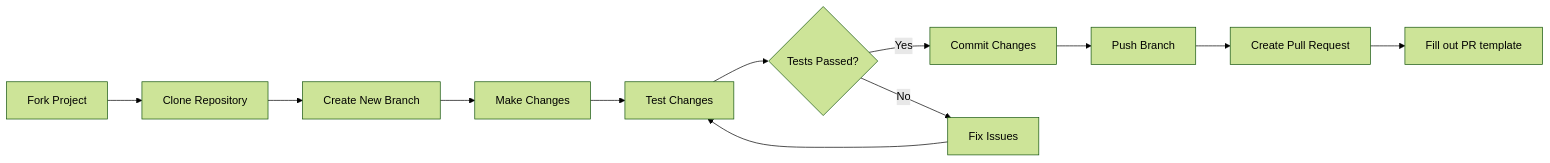
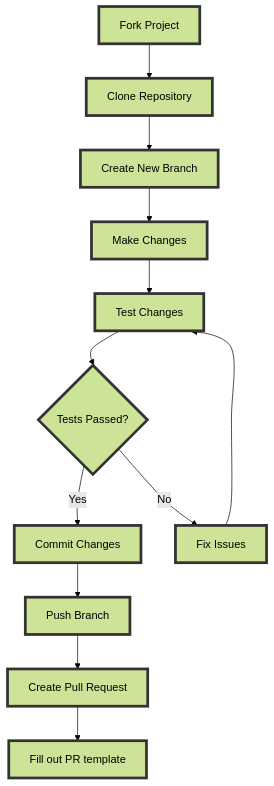
One commit to ChrisTitusTech/winutil changed the diagram in docs/contribute.md. Above: the diagram before and after it, drawn with Mermaid (forest theme). The commit also changed other lines of this file, not shown here.

Commit message:
Fix some bullet points in 'contribute.md' file as well as some improvments to the graph

````diff
--- a/docs/contribute.md
+++ b/docs/contribute.md
@@ -48,14 +48,16 @@
 ``` mermaid
-graph LR
+%%{init: {"flowchart": {"curve": "cardinal"}} }%%
+graph TD
   A[Fork Project] --> B[Clone Repository];
   B --> C[Create New Branch];
   C --> D[Make Changes];
   D --> G[Test Changes];
   G --> H{Tests Passed?};
   H -->|Yes| E[Commit Changes];
+  H -->|No| J[Fix Issues];
+  J --> G;
   E --> F[Push Branch];
-  H -->|No| J[Fix Issues];
   F --> K[Create Pull Request];
   K --> L[Fill out PR template];
-  J --> G;
+  classDef default stroke:#333,stroke-width:4px,font-size:12pt;
 ```
````
